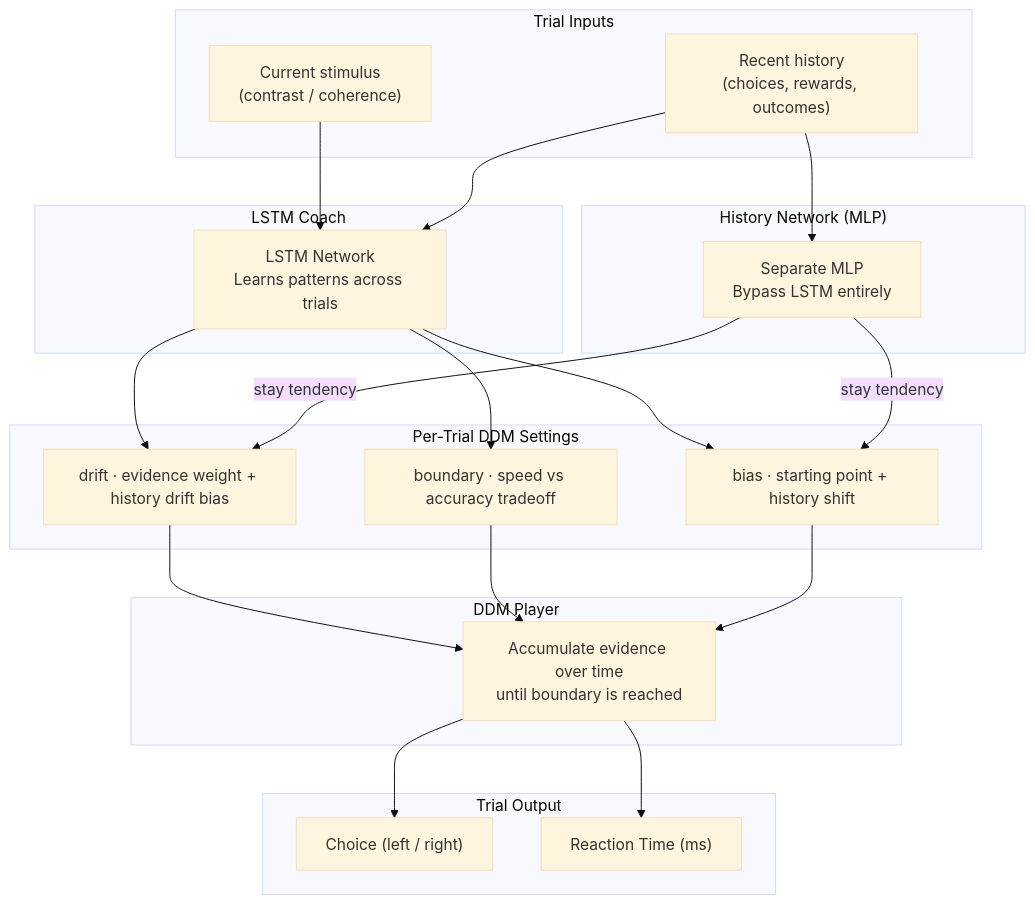
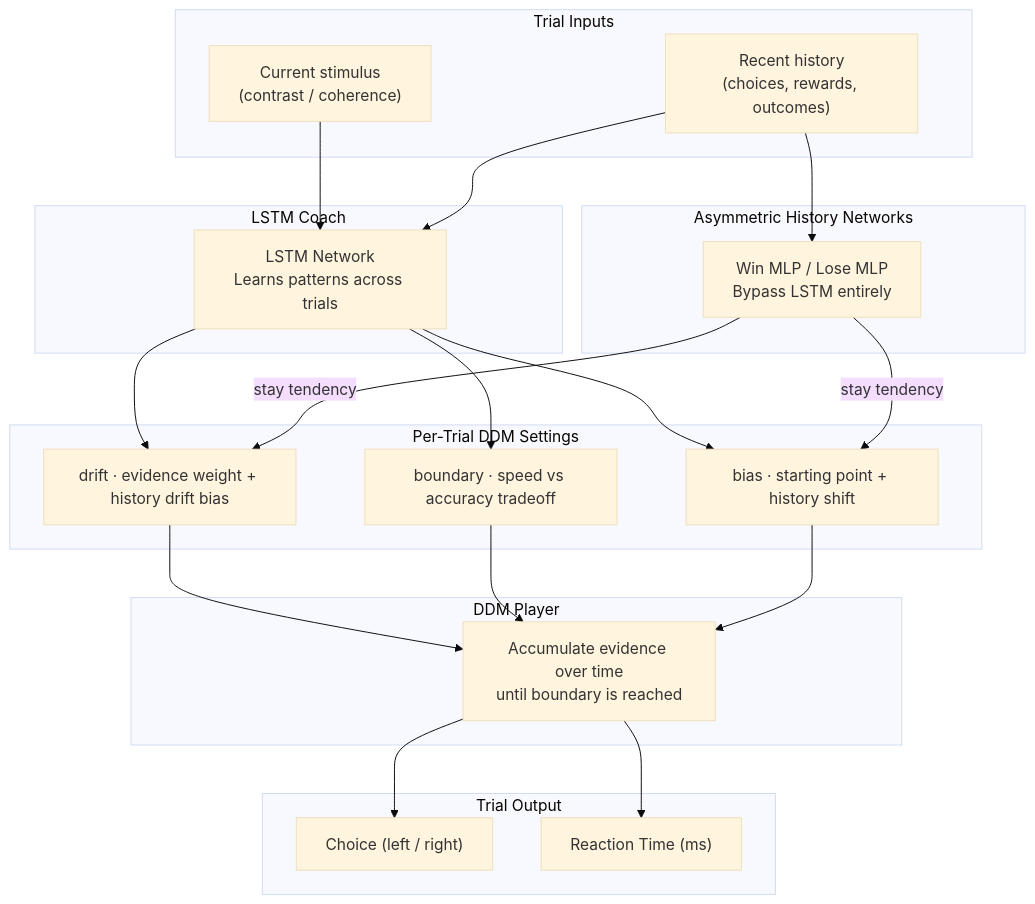
The third of 4 diagrams in docs/THEORY_AND_CONCEPTS.md (ermanakar/animaltasksim), drawn with Mermaid (base theme) before and after one commit. The commit also changed other lines of this file and 7 other files, not shown here.

First line of the commit message:
feat: Asymmetric win/lose history networks + fixed attentional lapse

````diff
--- a/docs/THEORY_AND_CONCEPTS.md
+++ b/docs/THEORY_AND_CONCEPTS.md
@@ -155,44 +157,44 @@
 ```mermaid
 flowchart TD
     subgraph Inputs["Trial Inputs"]
         S["Current stimulus\n(contrast / coherence)"]
         H["Recent history\n(choices, rewards, outcomes)"]
     end
 
     subgraph Coach["LSTM Coach"]
         L["LSTM Network\nLearns patterns across trials"]
     end
 
-    subgraph Habit["History Network (MLP)"]
-        HN["Separate MLP\nBypass LSTM entirely"]
+    subgraph Habit["Asymmetric History Networks"]
+        HN["Win MLP / Lose MLP\nBypass LSTM entirely"]
     end
 
     subgraph Params["Per-Trial DDM Settings"]
         D["drift · evidence weight + history drift bias"]
         B["boundary · speed vs accuracy tradeoff"]
         BI["bias · starting point + history shift"]
     end
 
     subgraph Player["DDM Player"]
         P["Accumulate evidence over time\nuntil boundary is reached"]
     end
 
     subgraph Output["Trial Output"]
         C["Choice (left / right)"]
         R["Reaction Time (ms)"]
     end
 
     S --> L
     H --> L
     H --> HN
     L --> D
     L --> B
     L --> BI
     HN -->|"stay tendency"| D
     HN -->|"stay tendency"| BI
     D --> P
     B --> P
     BI --> P
     P --> C
     P --> R
 ```
````
